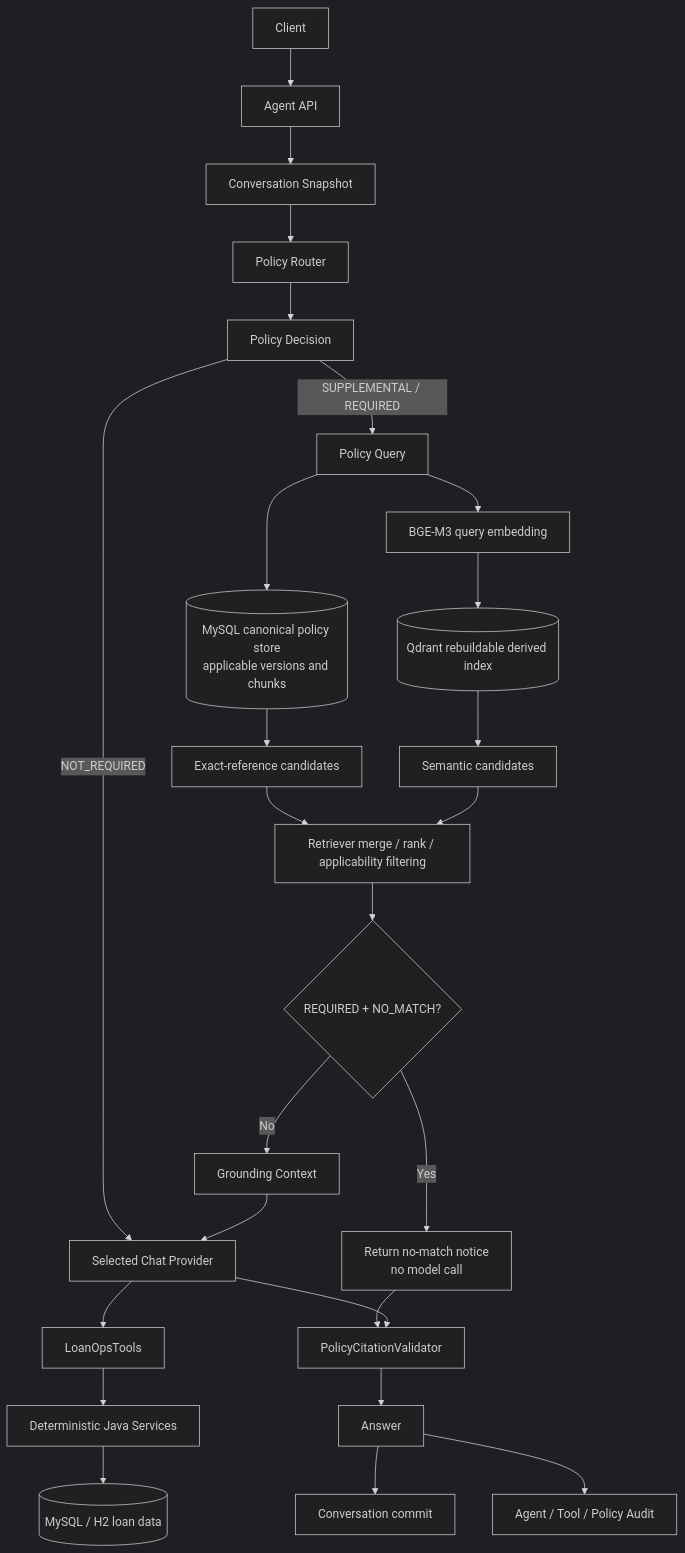
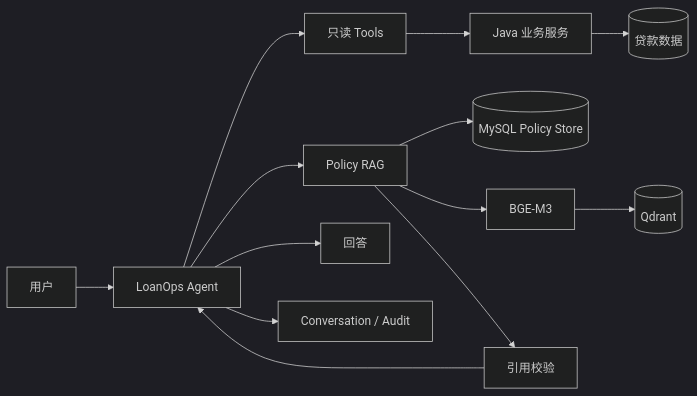
Before and after one commit to liandongjie/loanops-agent: the diagram in README.md, drawn with Mermaid (dark theme). The commit also changed other lines of this file and 15 other files, not shown here.

````diff
--- a/README.md
+++ b/README.md
@@ -59,31 +89,19 @@
-~~~mermaid
-flowchart TD
-    Client --> API[Agent API]
-    API --> Snapshot[Conversation Snapshot]
-    Snapshot --> Router[Policy Router]
-    Router --> Decision[Policy Decision]
+```mermaid
+flowchart LR
+    U[用户] --> A[LoanOps Agent]
 
-    Decision -->|NOT_REQUIRED| LLM[Selected Chat Provider]
-    LLM --> Tools[LoanOpsTools]
-    Tools --> Java[Deterministic Java Services]
-    Java --> LoanDB[(MySQL / H2 loan data)]
+    A --> T[只读 Tools]
+    T --> S[Java 业务服务]
+    S --> L[(贷款数据)]
 
-    Decision -->|SUPPLEMENTAL / REQUIRED| Query[Policy Query]
-    Query --> PolicyDB[(MySQL canonical policy store<br/>applicable versions and chunks)]
-    PolicyDB --> Exact[Exact-reference candidates]
-    Query --> Embed[BGE-M3 query embedding]
-    Embed --> Vector[(Qdrant rebuildable derived index)]
-    Vector --> Semantic[Semantic candidates]
-    Exact --> Merge
-    Semantic --> Merge
-    Merge[Retriever merge / rank / applicability filtering] --> RequiredNoMatch{REQUIRED + NO_MATCH?}
-    RequiredNoMatch -->|Yes| Abstain[Return no-match notice<br/>no model call]
-    RequiredNoMatch -->|No| Context[Grounding Context]
-    Context --> LLM
-    Abstain --> Citation
-    LLM --> Citation[PolicyCitationValidator]
-    Citation --> Answer[Answer]
+    A --> R[Policy RAG]
+    R --> M[(MySQL Policy Store)]
+    R --> E[BGE-M3]
+    E --> Q[(Qdrant)]
 
-    Answer --> Commit[Conversation commit]
-    Answer --> Audit[Agent / Tool / Policy Audit]
-~~~
+    R --> C[引用校验]
+    C --> A
+
+    A --> O[回答]
+    A --> D[Conversation / Audit]
+```
````
